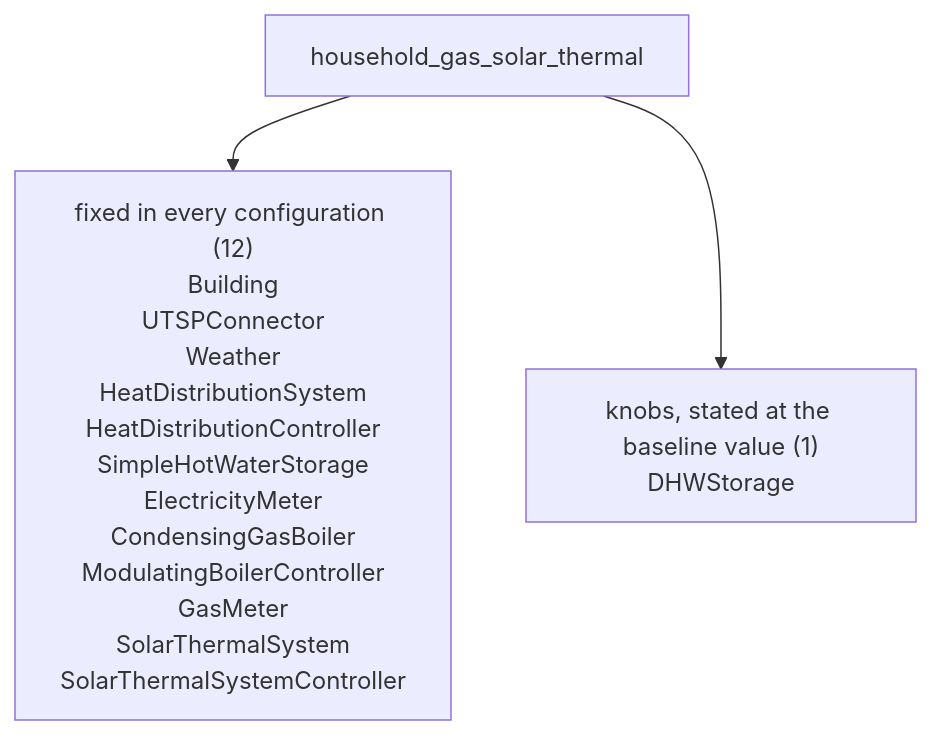
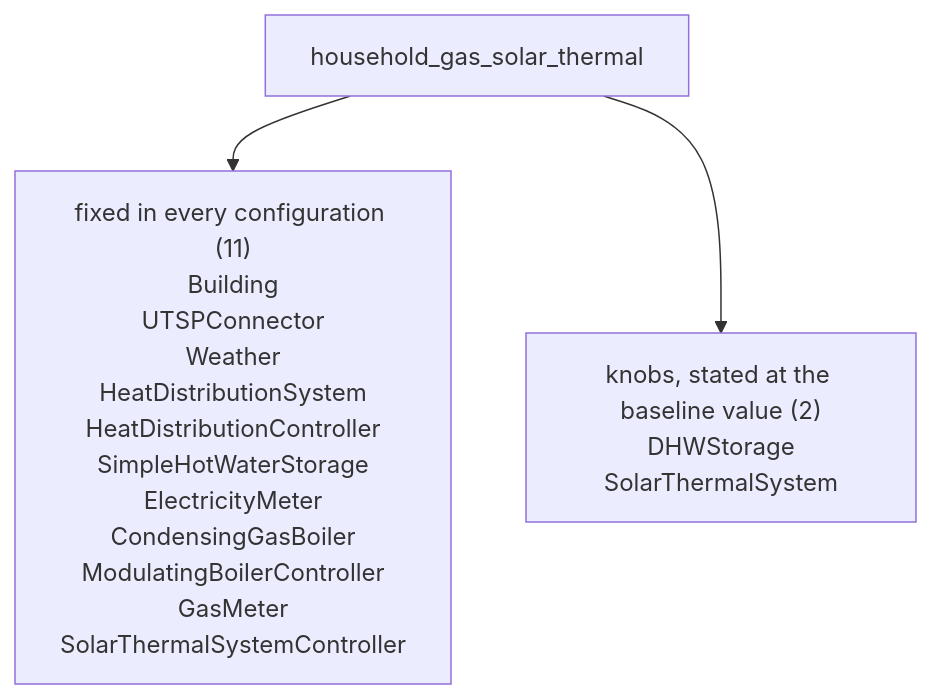
Before and after one commit to FZJ-IEK3-VSA/HiSim: the fourth of 22 diagrams in roadmap/declarative_energy_systems/grouping_overview.md, drawn with Mermaid. The commit also changed other lines of this file and 17 other files, not shown here.

````diff
--- a/roadmap/declarative_energy_systems/grouping_overview.md
+++ b/roadmap/declarative_energy_systems/grouping_overview.md
@@ -216,9 +216,9 @@
 ```mermaid
 flowchart TD
     setup["household_gas_solar_thermal"]
-    fixed["fixed in every configuration (12)<br/>Building<br/>UTSPConnector<br/>Weather<br/>HeatDistributionSystem<br/>HeatDistributionController<br/>SimpleHotWaterStorage<br/>ElectricityMeter<br/>CondensingGasBoiler<br/>ModulatingBoilerController<br/>GasMeter<br/>SolarThermalSystem<br/>SolarThermalSystemController"]
-    knobs["knobs, stated at the baseline value (1)<br/>DHWStorage"]
+    fixed["fixed in every configuration (11)<br/>Building<br/>UTSPConnector<br/>Weather<br/>HeatDistributionSystem<br/>HeatDistributionController<br/>SimpleHotWaterStorage<br/>ElectricityMeter<br/>CondensingGasBoiler<br/>ModulatingBoilerController<br/>GasMeter<br/>SolarThermalSystemController"]
+    knobs["knobs, stated at the baseline value (2)<br/>DHWStorage<br/>SolarThermalSystem"]
 
     setup --> fixed
     setup --> knobs
 ```
````
